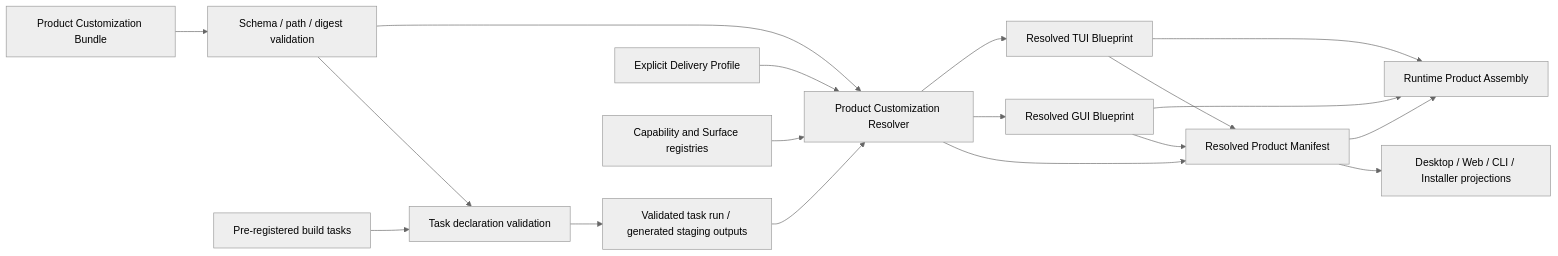
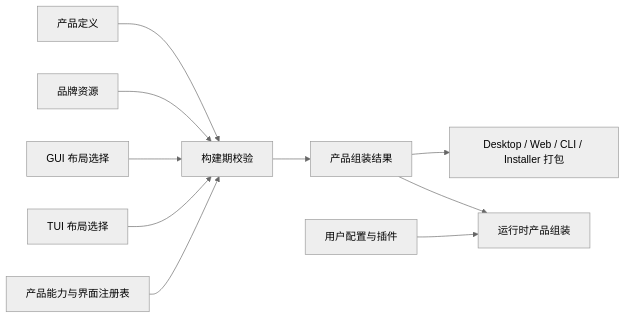
One commit to 1688mengdie/BitFun changed the diagram in docs/architecture/product-customization-blueprint.md. Above: the diagram before and after it, drawn with Mermaid (neutral theme). The commit also changed other lines of this file and 16 other files, not shown here.

Commit message:
docs(architecture): redesign OpenCode extension compatibility

````diff
--- a/docs/architecture/product-customization-blueprint.md
+++ b/docs/architecture/product-customization-blueprint.md
@@ -98,20 +44,12 @@
 ```mermaid
 flowchart LR
-  Bundle["Product Customization Bundle"] --> Validate["Schema / path / digest validation"]
-  Tasks["Pre-registered build tasks"] --> TaskValidate["Task declaration validation"]
-  Validate --> TaskValidate
-  TaskValidate --> Staging["Validated task run / generated staging outputs"]
-  Delivery["Explicit Delivery Profile"] --> Resolve["Product Customization Resolver"]
-  Validate --> Resolve
-  Staging --> Resolve
-  Registry["Capability and Surface registries"] --> Resolve
-  Resolve --> Manifest["Resolved Product Manifest"]
-  Resolve --> Gui["Resolved GUI Blueprint"]
-  Resolve --> Tui["Resolved TUI Blueprint"]
-  Gui --> Manifest
-  Tui --> Manifest
-  Manifest --> Package["Desktop / Web / CLI / Installer projections"]
-  Manifest --> RuntimeAssembly["Runtime Product Assembly"]
-  Gui --> RuntimeAssembly
-  Tui --> RuntimeAssembly
+  Product["产品定义"] --> Validate["构建期校验"]
+  Brand["品牌资源"] --> Validate
+  Gui["GUI 布局选择"] --> Validate
+  Tui["TUI 布局选择"] --> Validate
+  Registry["产品能力与界面注册表"] --> Validate
+  Validate --> Result["产品组装结果"]
+  Result --> Package["Desktop / Web / CLI / Installer 打包"]
+  Result --> Runtime["运行时产品组装"]
+  User["用户配置与插件"] --> Runtime
 ```
````
